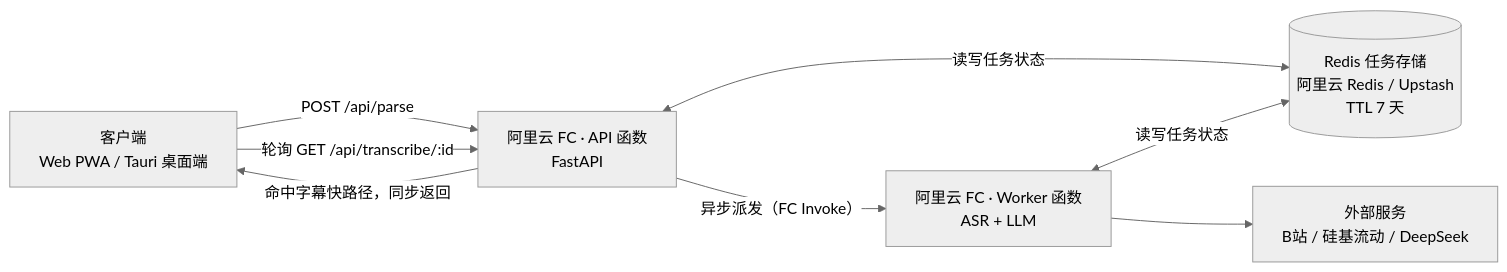
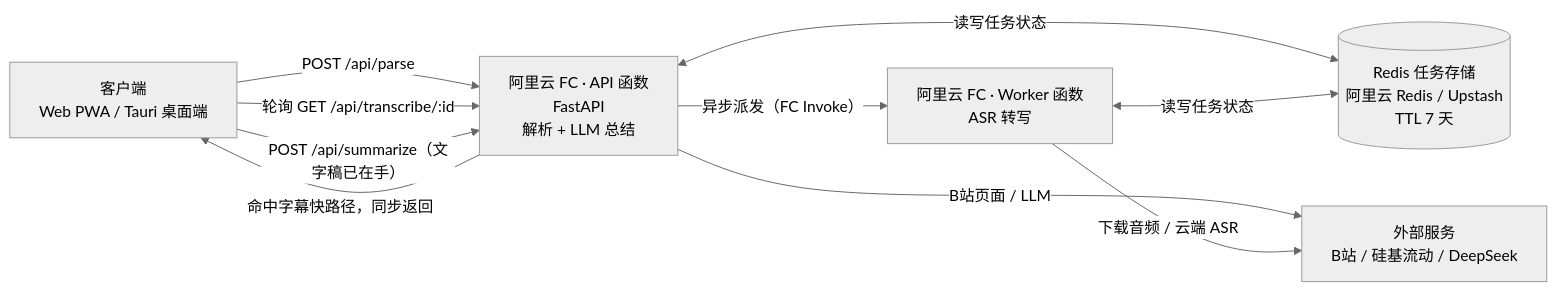
One commit to Ling-cn111/video-to-text changed the diagram in README.md. Above: the diagram before and after it, drawn with Mermaid (neutral theme). The commit also changed other lines of this file and 19 other files, not shown here.

````diff
--- a/README.md
+++ b/README.md
@@ -22,16 +22,18 @@
 ```mermaid
 flowchart LR
   C["客户端<br/>Web PWA / Tauri 桌面端"]
-  A["阿里云 FC · API 函数<br/>FastAPI"]
-  W["阿里云 FC · Worker 函数<br/>ASR + LLM"]
+  A["阿里云 FC · API 函数<br/>FastAPI<br/>解析 + LLM 总结"]
+  W["阿里云 FC · Worker 函数<br/>ASR 转写"]
   R[("Redis 任务存储<br/>阿里云 Redis / Upstash<br/>TTL 7 天")]
   X["外部服务<br/>B站 / 硅基流动 / DeepSeek"]
 
   C -->|"POST /api/parse"| A
   A -->|"命中字幕快路径，同步返回"| C
   C -->|"轮询 GET /api/transcribe/:id"| A
+  C -->|"POST /api/summarize（文字稿已在手）"| A
   A -->|"异步派发（FC Invoke）"| W
   A <-->|"读写任务状态"| R
   W <-->|"读写任务状态"| R
-  W --> X
+  A -->|"B站页面 / LLM"| X
+  W -->|"下载音频 / 云端 ASR"| X
 ```
````
